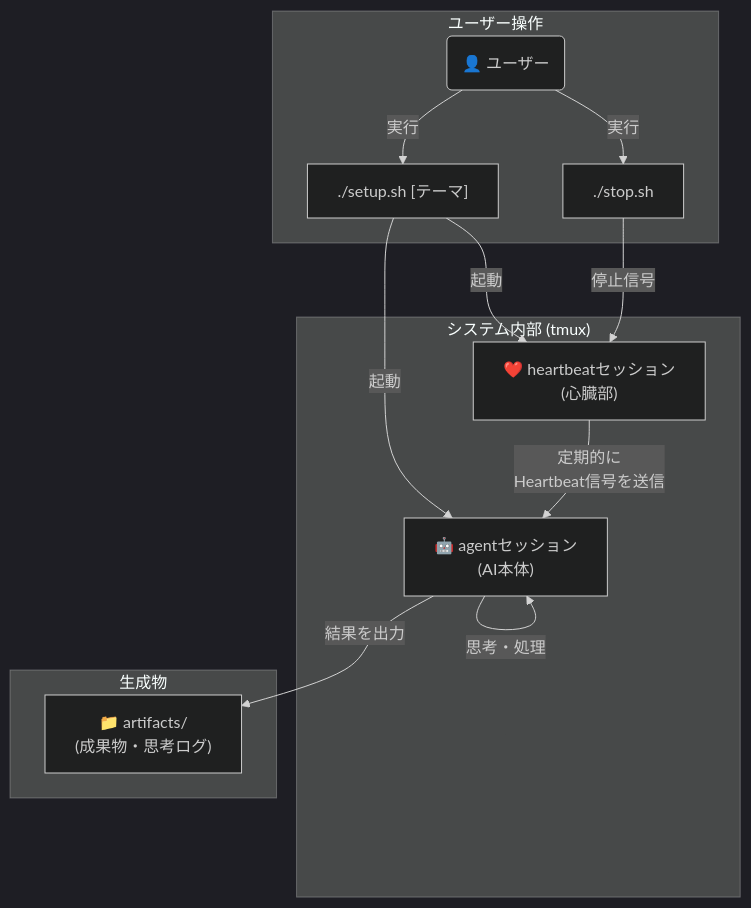
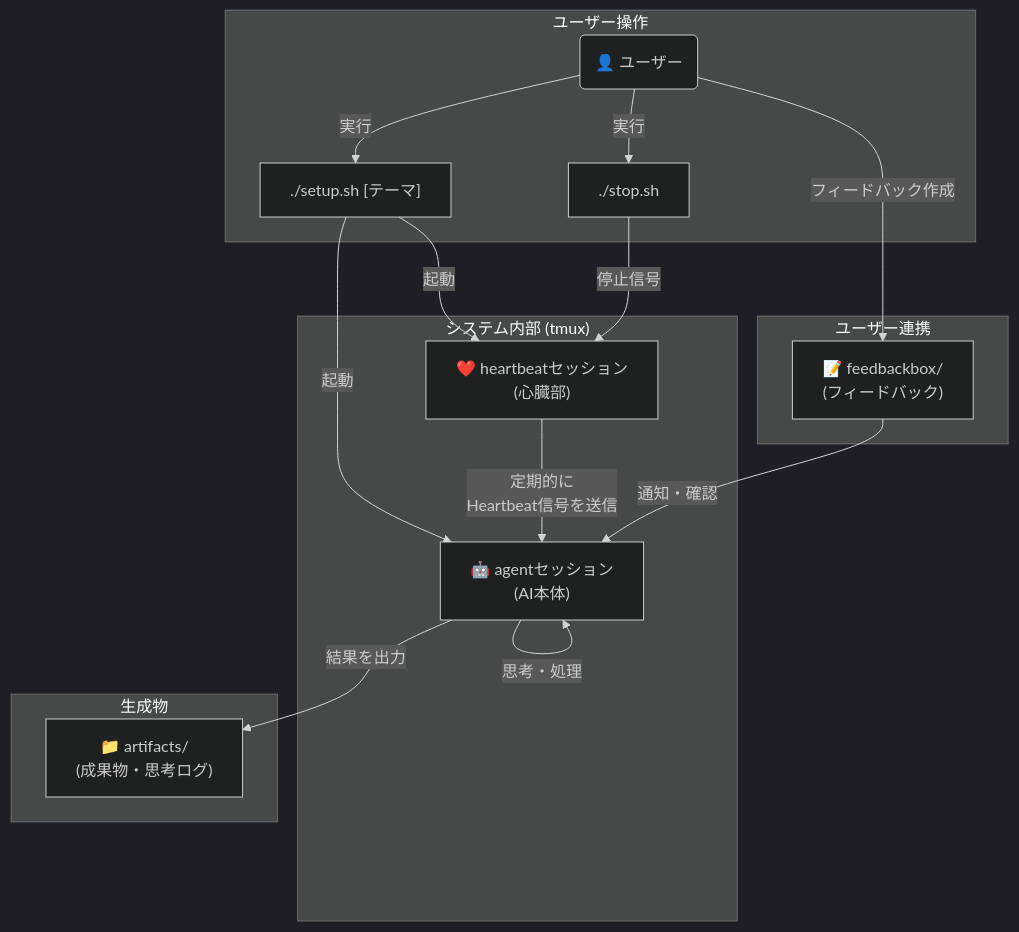
One commit to creating-cat/ai-heartbeat changed the diagram in README.md. Above: the diagram before and after it, drawn with Mermaid (dark theme). The commit also changed other lines of this file and 4 other files, not shown here.

````diff
--- a/README.md
+++ b/README.md
@@ -25,26 +26,32 @@
 ```mermaid
 graph TD
     subgraph "ユーザー操作"
         User(👤 ユーザー)
         Start["./setup.sh [テーマ]"]
         Stop["./stop.sh"]
     end
 
     subgraph "システム内部 (tmux)"
         Agent["🤖 agentセッション<br>(AI本体)"]
         Heartbeat["❤️ heartbeatセッション<br>(心臓部)"]
+    end
+    
+    subgraph "ユーザー連携"
+        Feedbackbox["📝 feedbackbox/<br>(フィードバック)"]
     end
     
     subgraph "生成物"
         Artifacts["📁 artifacts/ <br>(成果物・思考ログ)"]
     end
 
     User -- "実行" --> Start
     Start -- "起動" --> Agent
     Start -- "起動" --> Heartbeat
     Heartbeat -- "定期的に<br>Heartbeat信号を送信" --> Agent
     Agent -- "思考・処理" --> Agent
     Agent -- "結果を出力" --> Artifacts
     User -- "実行" --> Stop
     Stop -- "停止信号" --> Heartbeat
+    User -- "フィードバック作成" --> Feedbackbox
+    Feedbackbox -- "通知・確認" --> Agent
 ```
````
